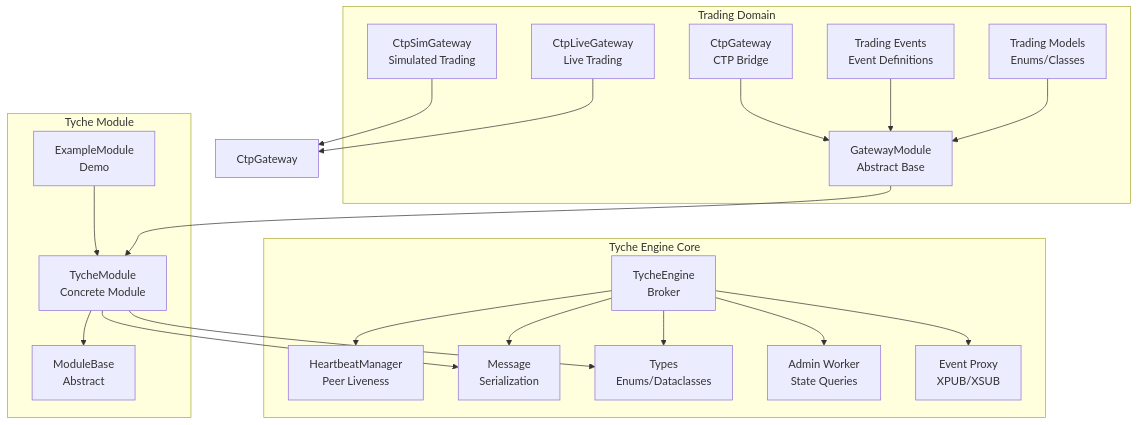
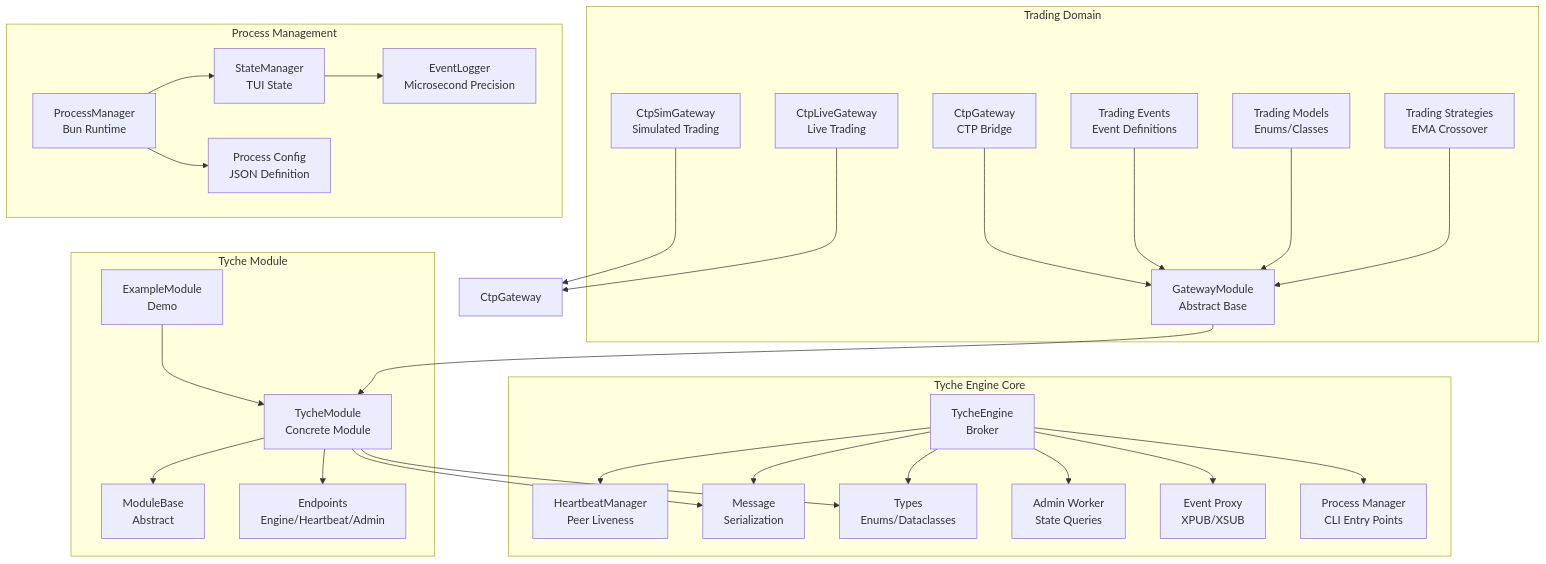
The first of 10 diagrams in .qoder/repowiki/en/content/Core Components/Core Components.md (zt281/TycheEngine), drawn with Mermaid before and after one commit. The commit also changed other lines of this file and 33 other files, not shown here.

````diff
--- a/.qoder/repowiki/en/content/Core Components/Core Components.md
+++ b/.qoder/repowiki/en/content/Core Components/Core Components.md
@@ -65,39 +76,54 @@
 ```mermaid
 graph TB
 subgraph "Tyche Engine Core"
 Engine["TycheEngine<br/>Broker"]
 HBMgr["HeartbeatManager<br/>Peer Liveness"]
 Msg["Message<br/>Serialization"]
 Types["Types<br/>Enums/Dataclasses"]
 Admin["Admin Worker<br/>State Queries"]
 EventProxy["Event Proxy<br/>XPUB/XSUB"]
+MainProc["Process Manager<br/>CLI Entry Points"]
 end
 subgraph "Tyche Module"
 ModBase["ModuleBase<br/>Abstract"]
 TycheMod["TycheModule<br/>Concrete Module"]
 ExMod["ExampleModule<br/>Demo"]
+EndPoints["Endpoints<br/>Engine/Heartbeat/Admin"]
 end
 subgraph "Trading Domain"
 GatewayBase["GatewayModule<br/>Abstract Base"]
 CTPGateway["CtpGateway<br/>CTP Bridge"]
 CTPSim["CtpSimGateway<br/>Simulated Trading"]
 CTPLive["CtpLiveGateway<br/>Live Trading"]
 Events["Trading Events<br/>Event Definitions"]
 Models["Trading Models<br/>Enums/Classes"]
+Strategies["Trading Strategies<br/>EMA Crossover"]
+end
+subgraph "Process Management"
+ProcMgr["ProcessManager<br/>Bun Runtime"]
+StateMgr["StateManager<br/>TUI State"]
+EventLog["EventLogger<br/>Microsecond Precision"]
+ProcConfig["Process Config<br/>JSON Definition"]
 end
 Engine --> HBMgr
 Engine --> Msg
 Engine --> Types
 Engine --> Admin
 Engine --> EventProxy
+Engine --> MainProc
 TycheMod --> ModBase
 TycheMod --> Msg
 TycheMod --> Types
+TycheMod --> EndPoints
 ExMod --> TycheMod
 GatewayBase --> TycheMod
 CTPGateway --> GatewayBase
 CTPSim --> CtpGateway
 CTPLive --> CtpGateway
 Events --> GatewayBase
 Models --> GatewayBase
+Strategies --> GatewayBase
+ProcMgr --> StateMgr
+StateMgr --> EventLog
+ProcMgr --> ProcConfig
 ```
````
